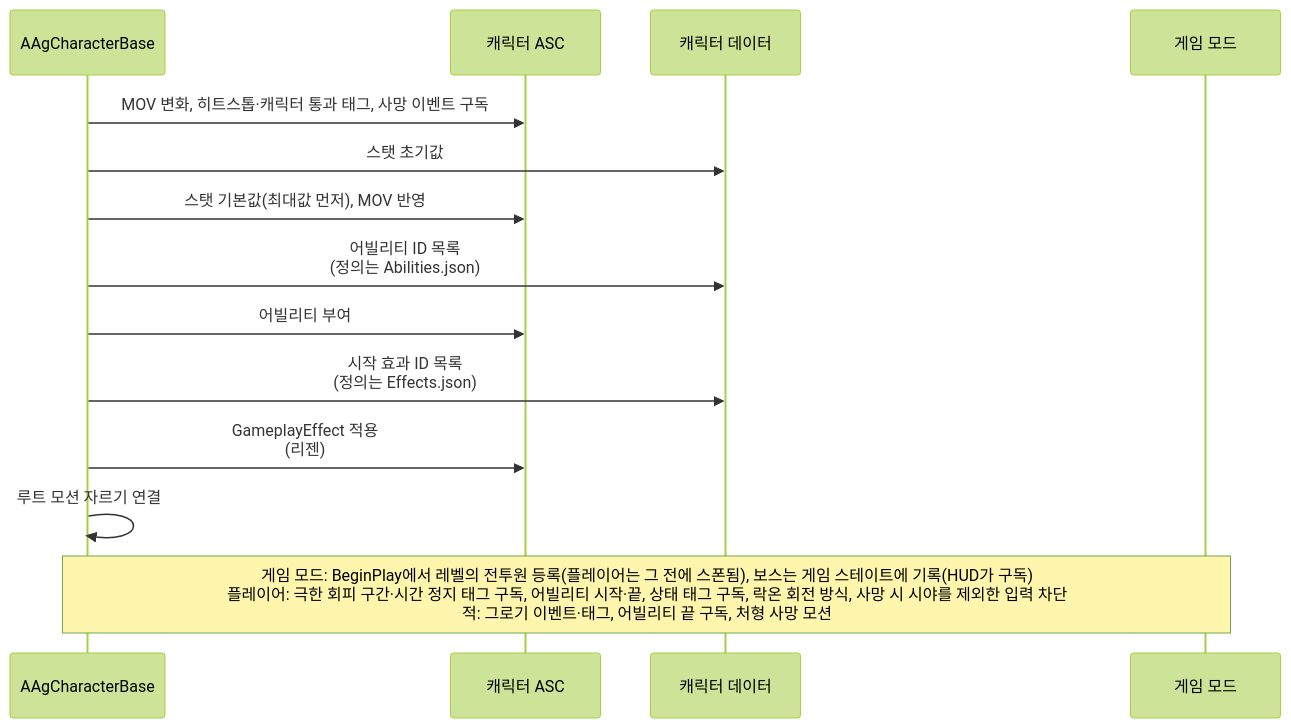
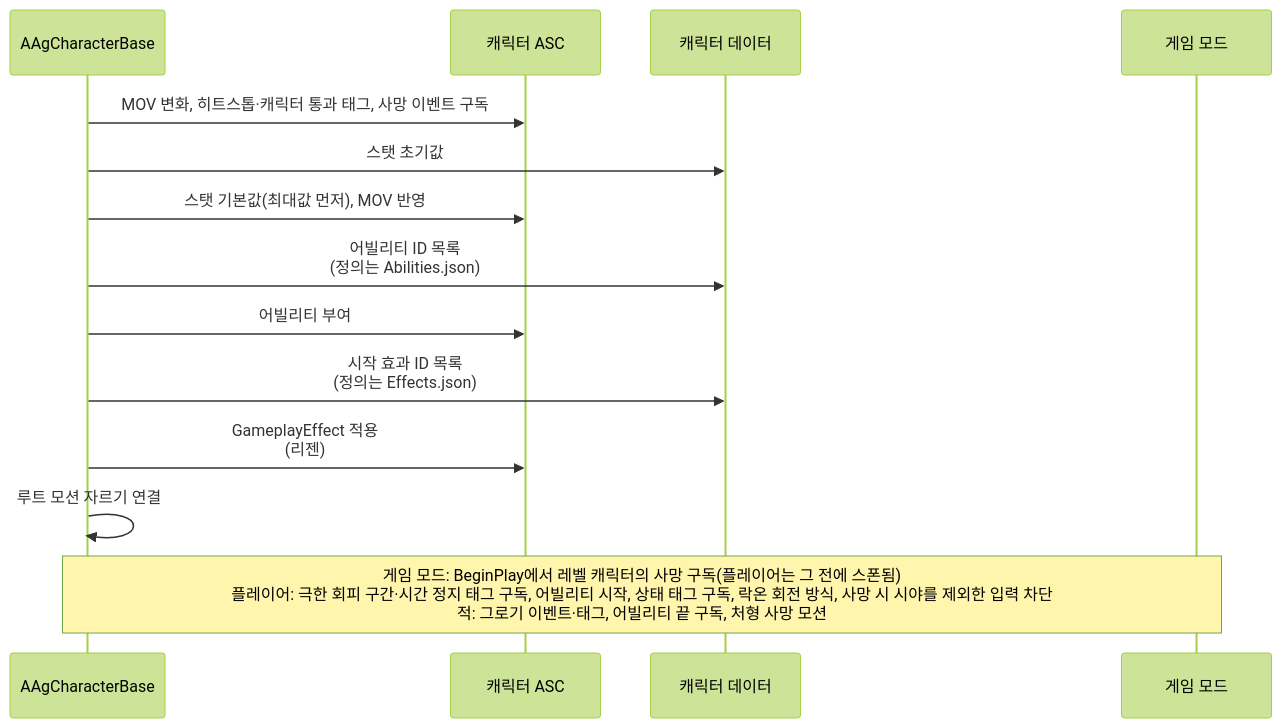
One commit to Woogl/Ag changed the fourth of 6 diagrams in Docs/Architecture/캐릭터 기반 구조와 GAS.md. Above: the diagram before and after it, drawn with Mermaid (forest theme). The commit also changed other lines of this file and 49 other files, not shown here.

````diff
--- a/Docs/Architecture/캐릭터 기반 구조와 GAS.md
+++ b/Docs/Architecture/캐릭터 기반 구조와 GAS.md
@@ -226,16 +226,16 @@
 ```mermaid
 sequenceDiagram
     participant C as AAgCharacterBase
     participant ASC as 캐릭터 ASC
     participant D as 캐릭터 데이터
     participant GM as 게임 모드
     C->>ASC: MOV 변화, 히트스톱·캐릭터 통과 태그, 사망 이벤트 구독
     C->>D: 스탯 초기값
     C->>ASC: 스탯 기본값(최대값 먼저), MOV 반영
     C->>D: 어빌리티 ID 목록<br>(정의는 Abilities.json)
     C->>ASC: 어빌리티 부여
     C->>D: 시작 효과 ID 목록<br>(정의는 Effects.json)
     C->>ASC: GameplayEffect 적용<br>(리젠)
     C->>C: 루트 모션 자르기 연결
-    Note over C,GM: 게임 모드: BeginPlay에서 레벨의 전투원 등록(플레이어는 그 전에 스폰됨), 보스는 게임 스테이트에 기록(HUD가 구독)<br>플레이어: 극한 회피 구간·시간 정지 태그 구독, 어빌리티 시작·끝, 상태 태그 구독, 락온 회전 방식, 사망 시 시야를 제외한 입력 차단<br>적: 그로기 이벤트·태그, 어빌리티 끝 구독, 처형 사망 모션
+    Note over C,GM: 게임 모드: BeginPlay에서 레벨 캐릭터의 사망 구독(플레이어는 그 전에 스폰됨)<br>플레이어: 극한 회피 구간·시간 정지 태그 구독, 어빌리티 시작, 상태 태그 구독, 락온 회전 방식, 사망 시 시야를 제외한 입력 차단<br>적: 그로기 이벤트·태그, 어빌리티 끝 구독, 처형 사망 모션
 ```
````
